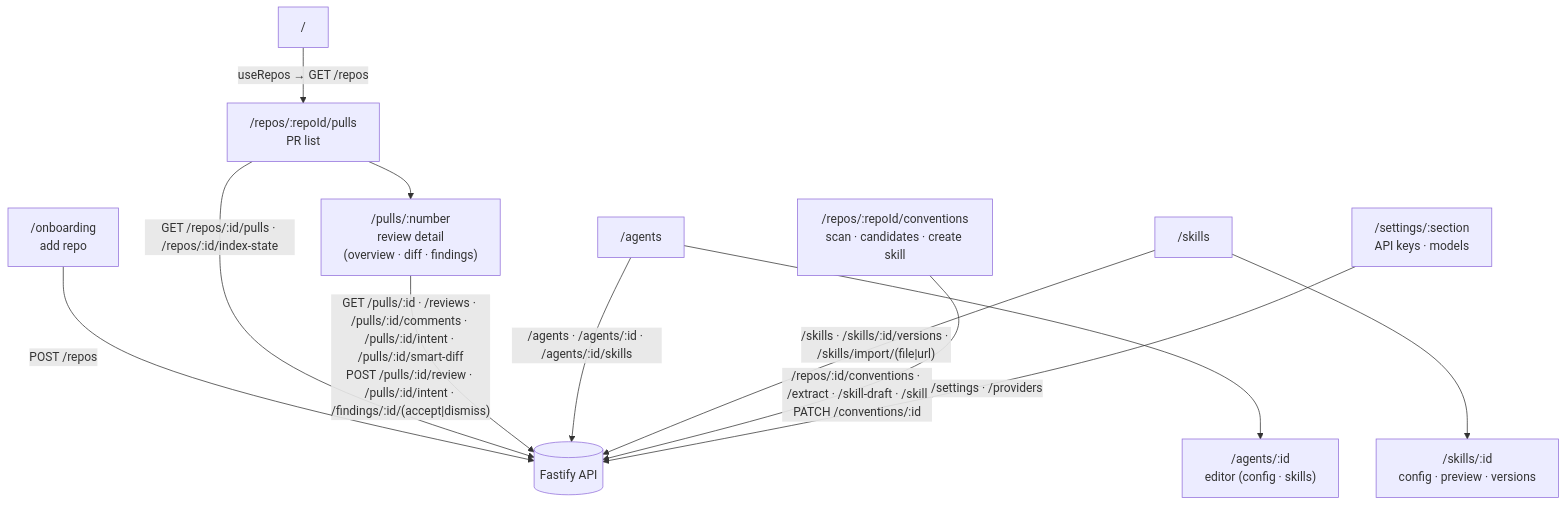
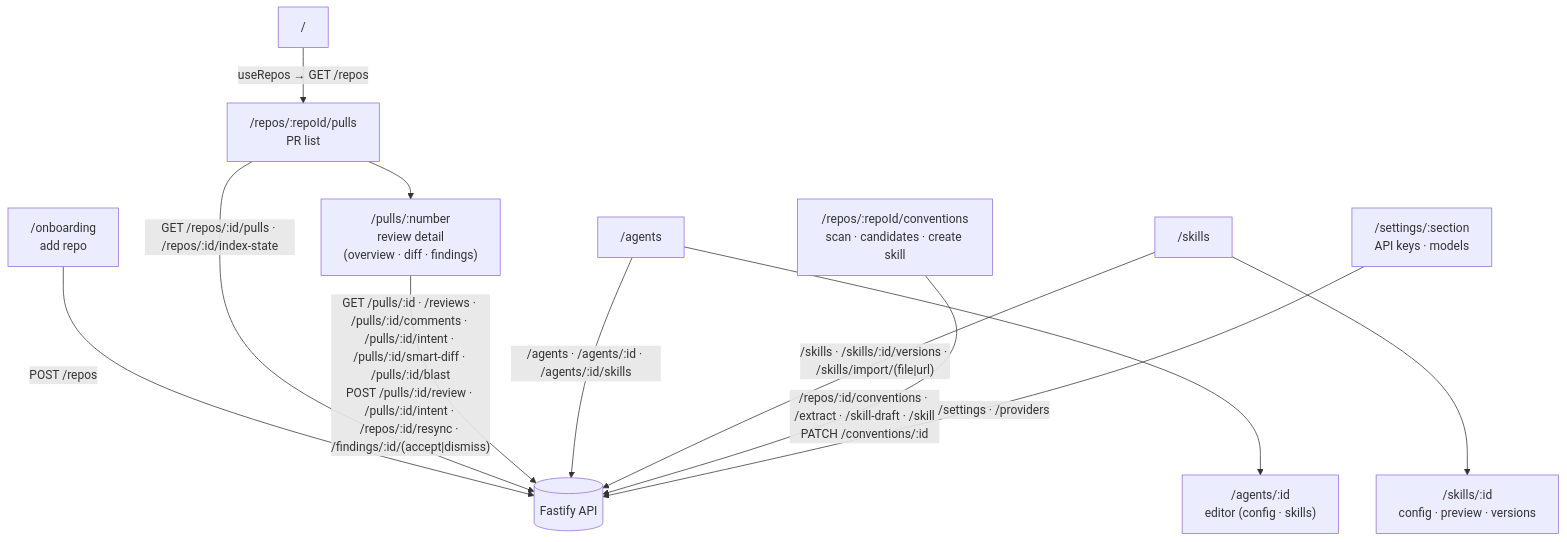
The diagram in client/README.md (yrazub/dev-digest), drawn with Mermaid before and after one commit. The commit also changed other lines of this file and 21 other files, not shown here.

````diff
--- a/client/README.md
+++ b/client/README.md
@@ -24,18 +24,18 @@
 ```mermaid
 flowchart TD
   ROOT["/"] -->|"useRepos → GET /repos"| PULLS["/repos/:repoId/pulls<br/>PR list"]
   ONB["/onboarding<br/>add repo"] -->|"POST /repos"| API[("Fastify API")]
   PULLS --> PR["/pulls/:number<br/>review detail<br/>(overview · diff · findings)"]
 
   AGENTS["/agents"] --> AGENT["/agents/:id<br/>editor (config · skills)"]
   SKILLS["/skills"] --> SKILL["/skills/:id<br/>config · preview · versions"]
   CONV["/repos/:repoId/conventions<br/>scan · candidates · create skill"]
   SETTINGS["/settings/:section<br/>API keys · models"]
 
   PULLS -->|"GET /repos/:id/pulls · /repos/:id/index-state"| API
-  PR -->|"GET /pulls/:id · /reviews · /pulls/:id/comments · /pulls/:id/intent · /pulls/:id/smart-diff<br/>POST /pulls/:id/review · /pulls/:id/intent · /findings/:id/(accept|dismiss)"| API
+  PR -->|"GET /pulls/:id · /reviews · /pulls/:id/comments · /pulls/:id/intent · /pulls/:id/smart-diff · /pulls/:id/blast<br/>POST /pulls/:id/review · /pulls/:id/intent · /repos/:id/resync · /findings/:id/(accept|dismiss)"| API
   AGENTS -->|"/agents · /agents/:id · /agents/:id/skills"| API
   SKILLS -->|"/skills · /skills/:id/versions · /skills/import/(file|url)"| API
   CONV -->|"/repos/:id/conventions · /extract · /skill-draft · /skill<br/>PATCH /conventions/:id"| API
   SETTINGS -->|"/settings · /providers"| API
 ```
````
